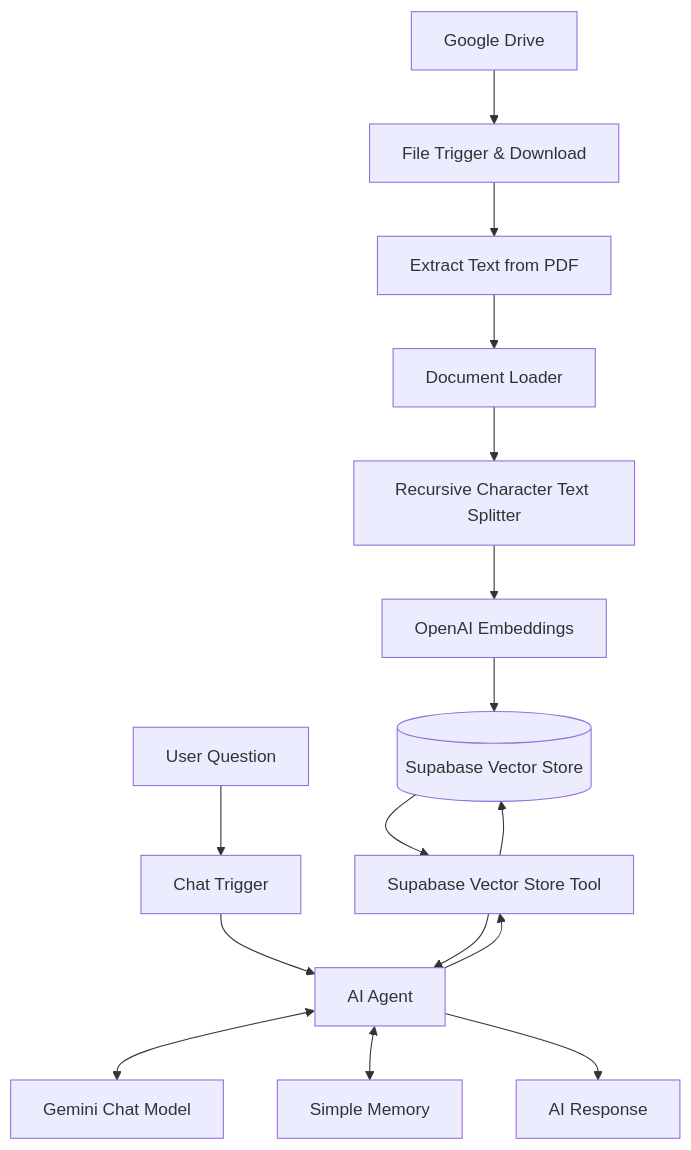
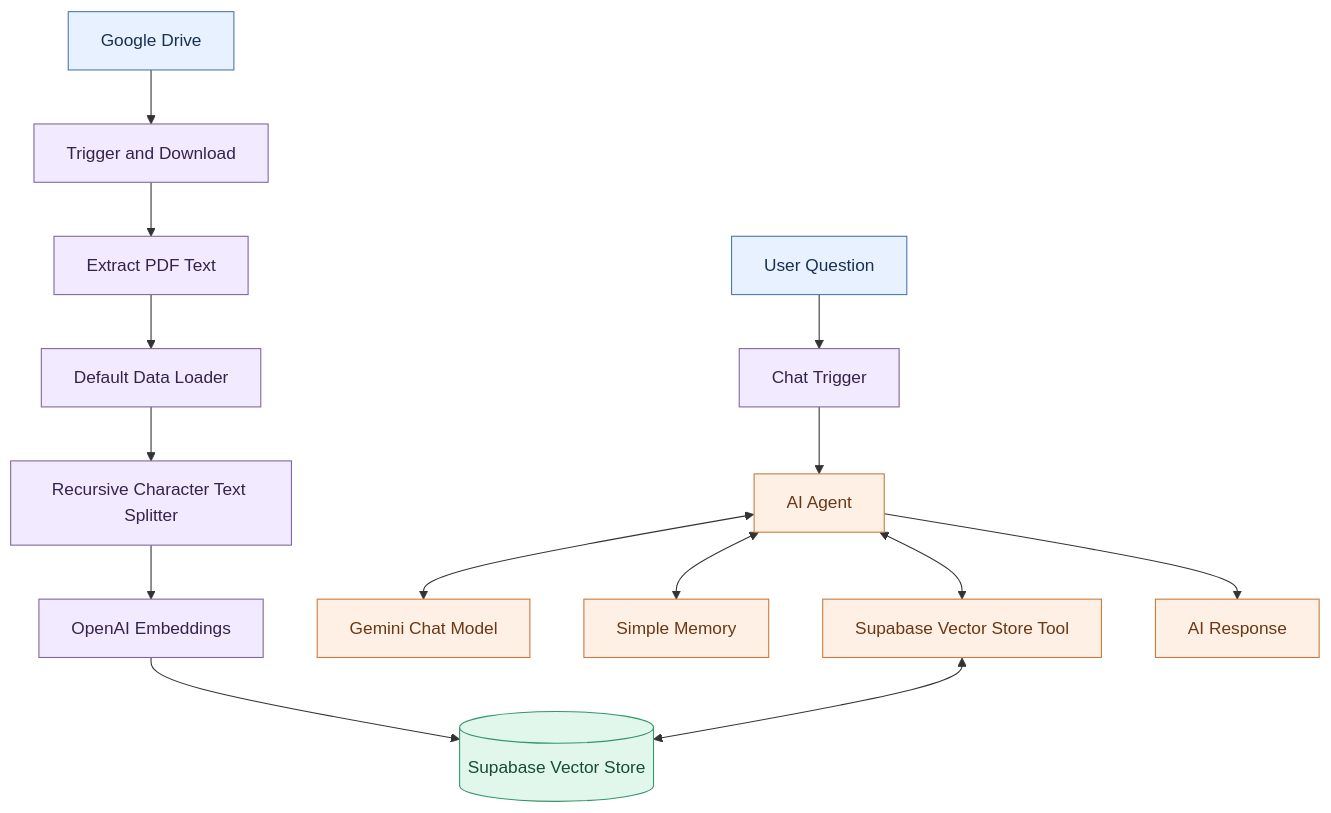
Before and after one commit to doaasami9/doaa-S-AlBatniji-ai-automationportfolio: the diagram in 07-Reliability & Production Thinking/Guided Project/README.md, drawn with Mermaid. The commit also changed other lines of this file, not shown here.

````diff
--- a/07-Reliability & Production Thinking/Guided Project/README.md
+++ b/07-Reliability & Production Thinking/Guided Project/README.md
@@ -63,19 +73,27 @@
 ```mermaid
 flowchart TD
-    A[Google Drive] --> B[File Trigger & Download]
-    B --> C[Extract Text from PDF]
-    C --> D[Document Loader]
+    A[Google Drive] --> B[Trigger and Download]
+    B --> C[Extract PDF Text]
+    C --> D[Default Data Loader]
     D --> E[Recursive Character Text Splitter]
     E --> F[OpenAI Embeddings]
     F --> G[(Supabase Vector Store)]
 
     H[User Question] --> I[Chat Trigger]
     I --> J[AI Agent]
     J <--> K[Gemini Chat Model]
     J <--> L[Simple Memory]
-    J --> M[Supabase Vector Store Tool]
-    M --> G
-    G --> M
-    M --> J
+    J <--> M[Supabase Vector Store Tool]
+    M <--> G
     J --> N[AI Response]
+
+    classDef source fill:#E8F1FF,stroke:#4776B4,color:#183153
+    classDef processing fill:#F2EAFE,stroke:#8064A2,color:#34234F
+    classDef storage fill:#E2F7EC,stroke:#32966A,color:#154D37
+    classDef agent fill:#FFF0E5,stroke:#C97939,color:#6B3715
+
+    class A,H source
+    class B,C,D,E,F,I processing
+    class G storage
+    class J,K,L,M,N agent
 ```
````
